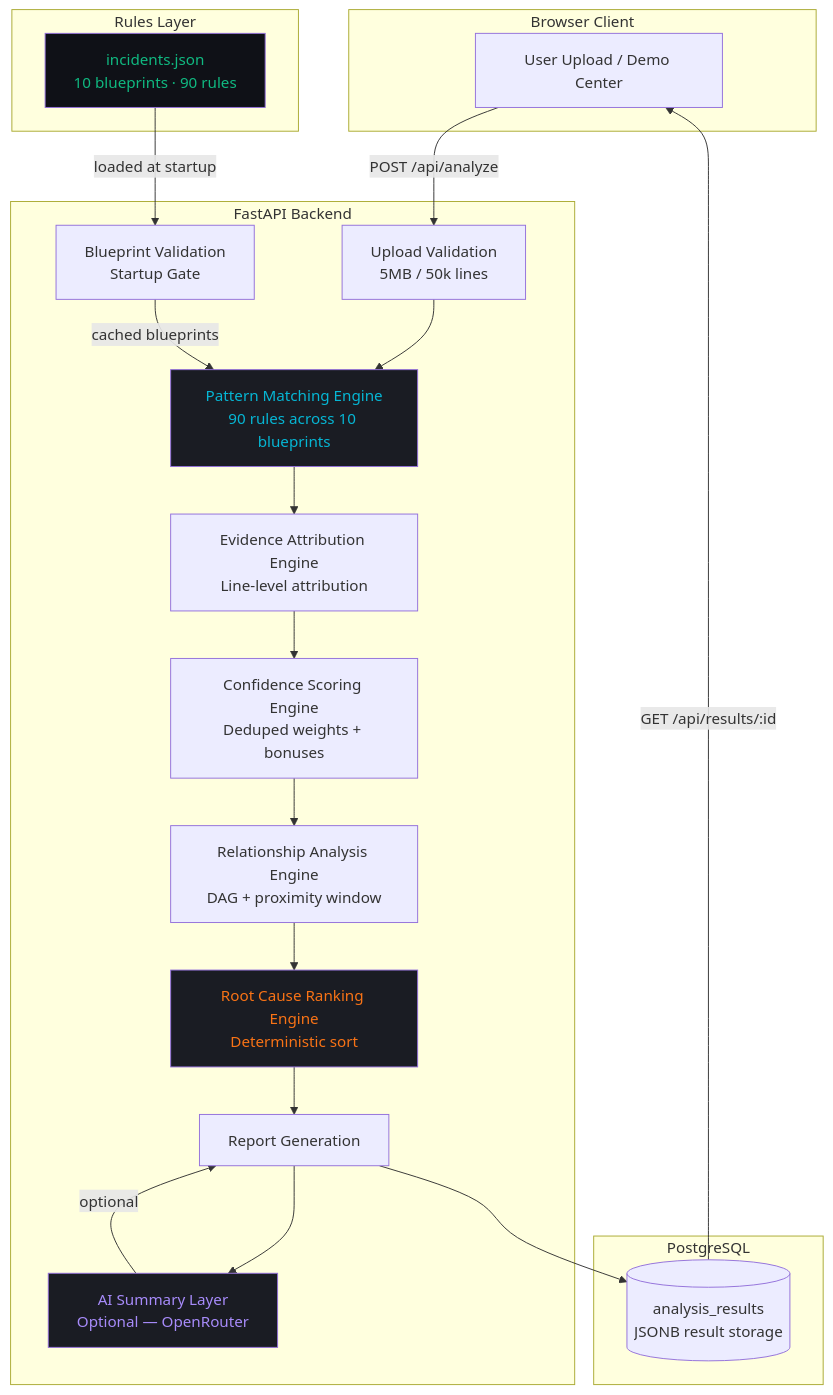
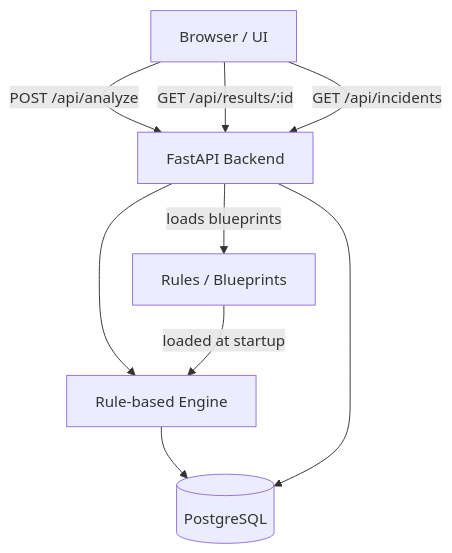
One commit to Guna-Asher/Deployment_Doctor changed the first of 4 diagrams in README.md. Above: the diagram before and after it, drawn with Mermaid. The commit also changed other lines of this file, not shown here.

Commit message:
docs: update README to refine table of contents and enhance architecture section

````diff
--- a/README.md
+++ b/README.md
@@ -158,45 +93,18 @@
 ```mermaid
+
 graph TB
-    subgraph Client["Browser Client"]
-        U[User Upload / Demo Center]
-    end
+  U[Browser / UI]
+  API[FastAPI Backend]
+  RT[Rule-based Engine]
+  DB[(PostgreSQL)]
+  S[Rules / Blueprints]
 
-    subgraph API["FastAPI Backend"]
-        AV[Upload Validation<br/>5MB / 50k lines]
-        BV[Blueprint Validation<br/>Startup Gate]
-        PM[Pattern Matching Engine<br/>90 rules across 10 blueprints]
-        EA[Evidence Attribution Engine<br/>Line-level attribution]
-        SE[Confidence Scoring Engine<br/>Deduped weights + bonuses]
-        RE[Relationship Analysis Engine<br/>DAG + proximity window]
-        RC[Root Cause Ranking Engine<br/>Deterministic sort]
-        RG[Report Generation]
-        AI[AI Summary Layer<br/>Optional — OpenRouter]
-    end
-
-    subgraph Storage["PostgreSQL"]
-        AR[(analysis_results<br/>JSONB result storage)]
-    end
-
-    subgraph Rules["Rules Layer"]
-        IJ[incidents.json<br/>10 blueprints · 90 rules]
-    end
-
-    U -->|POST /api/analyze| AV
-    AV --> PM
-    IJ -->|loaded at startup| BV
-    BV -->|cached blueprints| PM
-    PM --> EA
-    EA --> SE
-    SE --> RE
-    RE --> RC
-    RC --> RG
-    RG --> AI
-    RG --> AR
-    AI -->|optional| RG
-    AR -->|GET /api/results/:id| U
-
-    style PM fill:#1a1c23,color:#06b6d4
-    style RC fill:#1a1c23,color:#f97316
-    style AI fill:#1a1c23,color:#a78bfa
-    style IJ fill:#0f1117,color:#10b981
+  U -->|POST /api/analyze| API
+  API --> RT
+  S -->|loaded at startup| RT
+  RT --> DB
+  U -->|GET /api/results/:id| API
+  API --> DB
+  U -->|GET /api/incidents| API
+  API -->|loads blueprints| S
 ```
````
